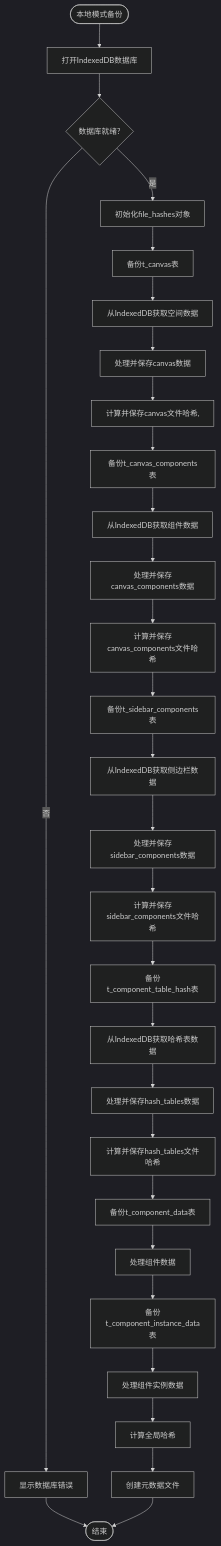
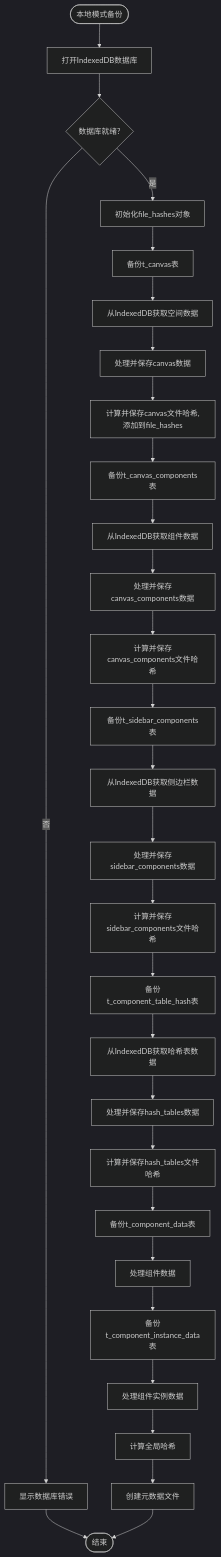
The diagram in all/未命名-56.md (yingjianzh/iodraw-files), drawn with Mermaid (dark theme) before and after one commit.

Commit message:
2025-05-12 14:12:46 update

````diff
--- a/all/未命名-56.md
+++ b/all/未命名-56.md
@@ -1,44 +1,44 @@
 ```mermaid
 
 flowchart TD
     Start([本地模式备份]) --> OpenDB[打开IndexedDB数据库]
     OpenDB --> DBReady{数据库就绪?}
     
     DBReady -->|否| ShowDBError[显示数据库错误]
     DBReady -->|是| InitHashObject[初始化file_hashes对象]
     
     ShowDBError --> End([结束])
     
     InitHashObject --> BackupCanvas[备份t_canvas表]
     BackupCanvas --> GetCanvasFromDB[从IndexedDB获取空间数据]
     GetCanvasFromDB --> ProcessCanvasFile[处理并保存canvas数据]
-    ProcessCanvasFile --> AddCanvasHash[计算并保存canvas文件哈希,]
+    ProcessCanvasFile --> AddCanvasHash[计算并保存canvas文件哈希,添加到file_hashes]
     
     AddCanvasHash --> BackupCanvasComps[备份t_canvas_components表]
     BackupCanvasComps --> GetCanvasCompsFromDB[从IndexedDB获取组件数据]
     GetCanvasCompsFromDB --> ProcessCanvasCompsFile[处理并保存canvas_components数据]
     ProcessCanvasCompsFile --> AddCanvasCompsHash[计算并保存canvas_components文件哈希]
     
     AddCanvasCompsHash --> BackupSidebarComps[备份t_sidebar_components表]
     BackupSidebarComps --> GetSidebarCompsFromDB[从IndexedDB获取侧边栏数据]
     GetSidebarCompsFromDB --> ProcessSidebarCompsFile[处理并保存sidebar_components数据]
     ProcessSidebarCompsFile --> AddSidebarCompsHash[计算并保存sidebar_components文件哈希]
     
     AddSidebarCompsHash --> BackupHashTables[备份t_component_table_hash表]
     BackupHashTables --> GetHashTablesFromDB[从IndexedDB获取哈希表数据]
     GetHashTablesFromDB --> ProcessHashTablesFile[处理并保存hash_tables数据]
     ProcessHashTablesFile --> AddHashTablesHash[计算并保存hash_tables文件哈希]
     
     AddHashTablesHash --> BackupCompData[备份t_component_data表]
     BackupCompData --> ProcessCompData[处理组件数据]
     
     ProcessCompData --> BackupInstData[备份t_component_instance_data表]
     BackupInstData --> ProcessInstData[处理组件实例数据]
     
     ProcessInstData --> CalculateGlobalHash[计算全局哈希]
     CalculateGlobalHash --> CreateMetadataFile[创建元数据文件]
     
     CreateMetadataFile --> End
 
 
 ```
````
